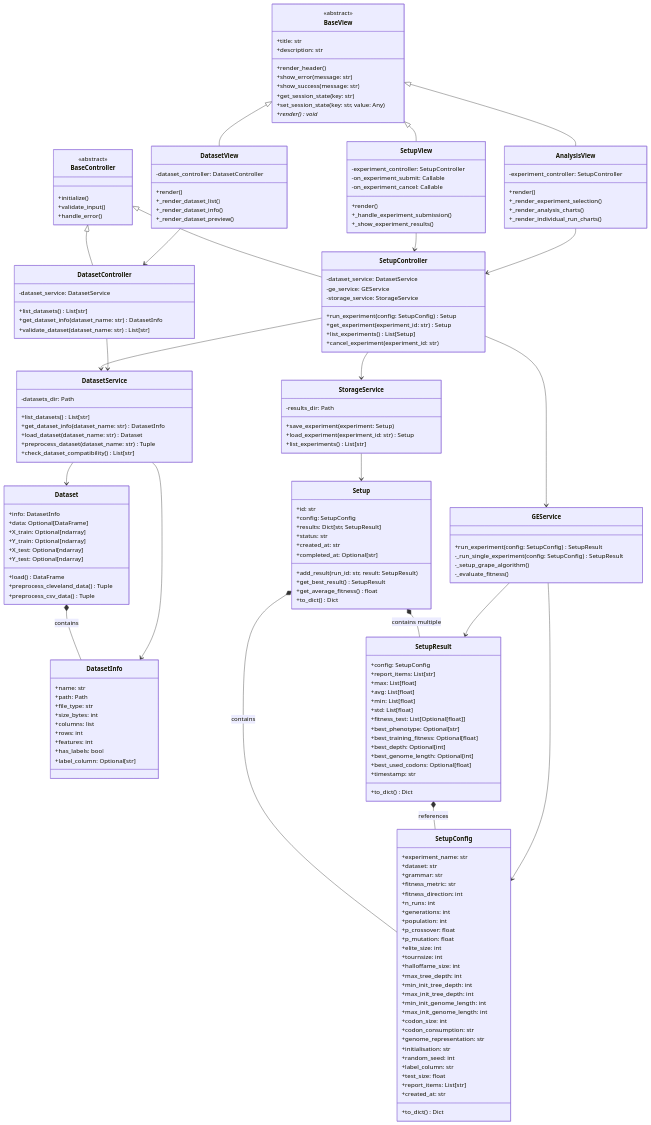
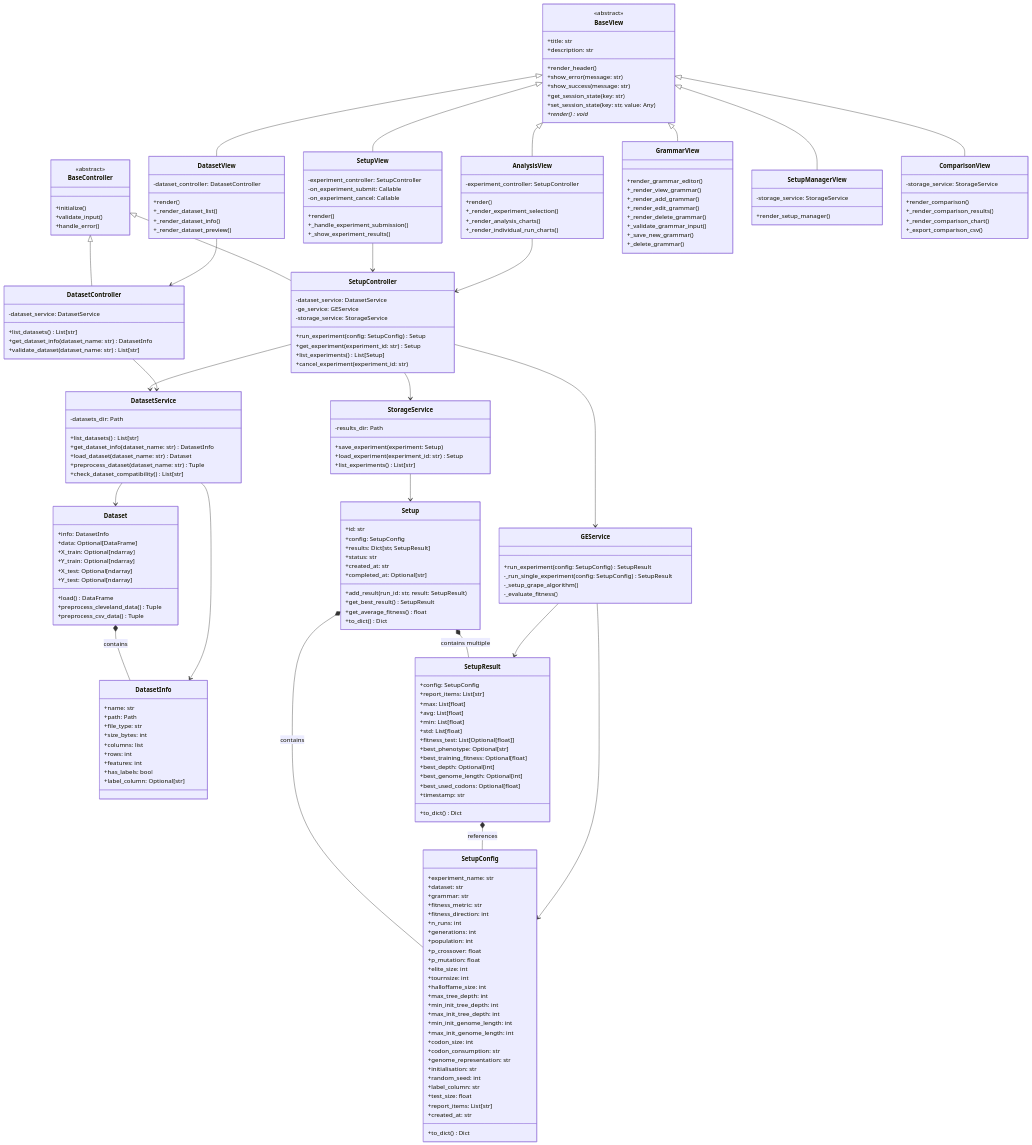
Before and after one commit to aghilhooshmand/UGE: the second of 8 diagrams in ARCHITECTURE_DIAGRAMS.md, drawn with Mermaid. The commit also changed other lines of this file and 10 other files, not shown here.

Commit message:
Updated the Comparison View to add invalid individual and genome length evolution to charts, and also added a home page for software

```diff
--- a/ARCHITECTURE_DIAGRAMS.md
+++ b/ARCHITECTURE_DIAGRAMS.md
@@ -104,6 +104,30 @@
         +_render_experiment_selection()
         +_render_analysis_charts()
         +_render_individual_run_charts()
+    }
+    
+    class GrammarView {
+        +render_grammar_editor()
+        +_render_view_grammar()
+        +_render_add_grammar()
+        +_render_edit_grammar()
+        +_render_delete_grammar()
+        +_validate_grammar_input()
+        +_save_new_grammar()
+        +_delete_grammar()
+    }
+    
+    class SetupManagerView {
+        -storage_service: StorageService
+        +render_setup_manager()
+    }
+    
+    class ComparisonView {
+        -storage_service: StorageService
+        +render_comparison()
+        +_render_comparison_results()
+        +_render_comparison_chart()
+        +_export_comparison_csv()
     }
     
     %% Controller Classes
@@ -238,6 +262,9 @@
     BaseView <|-- SetupView
     BaseView <|-- DatasetView
     BaseView <|-- AnalysisView
+    BaseView <|-- GrammarView
+    BaseView <|-- SetupManagerView
+    BaseView <|-- ComparisonView
     BaseController <|-- SetupController
     BaseController <|-- DatasetController
     
```
